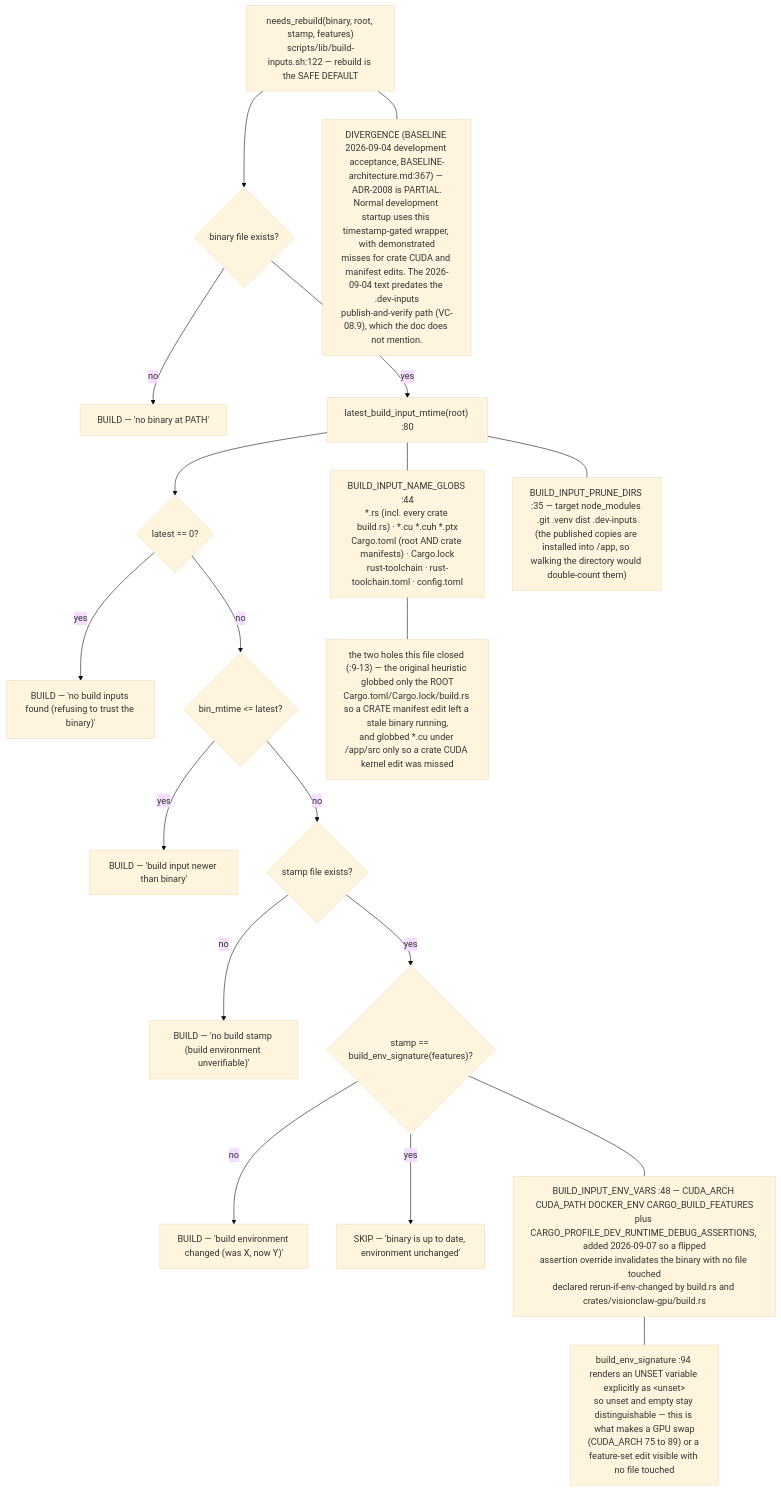
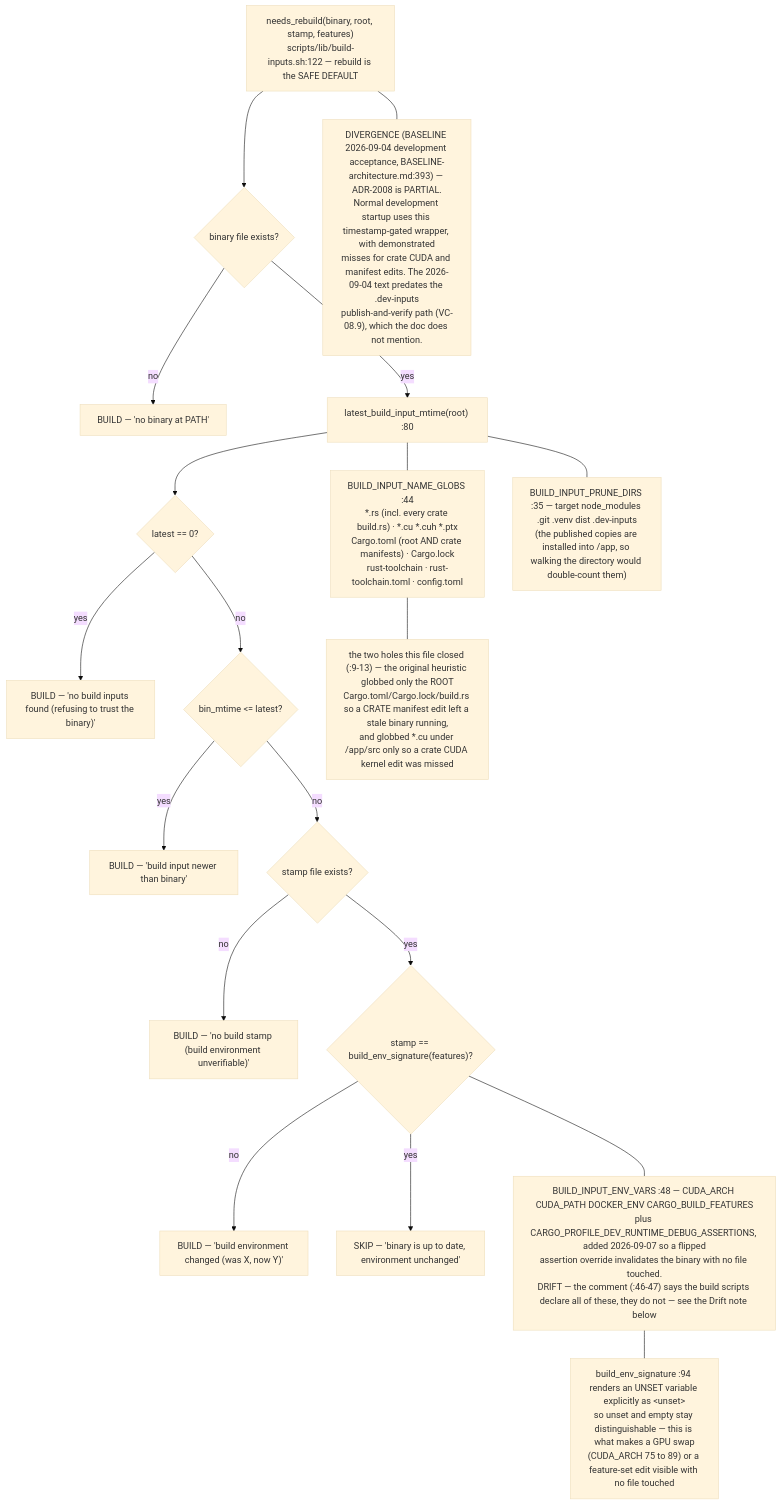
One commit to DreamLab-AI/VisionFlow changed the seventh of 9 diagrams in docs/diagrams/visionclaw/08-observability-health-and-dev-loop.md. Above: the diagram before and after it, drawn with Mermaid (base theme). The commit also changed other lines of this file and 173 other files, not shown here.

````diff
--- a/docs/diagrams/visionclaw/08-observability-health-and-dev-loop.md
+++ b/docs/diagrams/visionclaw/08-observability-health-and-dev-loop.md
@@ -254,28 +257,28 @@
 ```mermaid
 flowchart TB
     NR["needs_rebuild(binary, root, stamp, features)<br/>scripts/lib/build-inputs.sh:122 — rebuild is the SAFE DEFAULT"]
     NR --> C1{"binary file exists?"}
     C1 -->|no| B1["BUILD — 'no binary at PATH'"]
     C1 -->|yes| C2["latest_build_input_mtime(root) :80"]
     C2 --> C3{"latest == 0?"}
     C3 -->|yes| B2["BUILD — 'no build inputs found (refusing to trust the binary)'"]
     C3 -->|no| C4{"bin_mtime <= latest?"}
     C4 -->|yes| B3["BUILD — 'build input newer than binary'"]
     C4 -->|no| C5{"stamp file exists?"}
     C5 -->|no| B4["BUILD — 'no build stamp (build environment unverifiable)'"]
     C5 -->|yes| C6{"stamp == build_env_signature(features)?"}
     C6 -->|no| B5["BUILD — 'build environment changed (was X, now Y)'"]
     C6 -->|yes| SK["SKIP — 'binary is up to date, environment unchanged'"]
     GLOB["BUILD_INPUT_NAME_GLOBS :44<br/>*.rs (incl. every crate build.rs) · *.cu *.cuh *.ptx<br/>Cargo.toml (root AND crate manifests) · Cargo.lock<br/>rust-toolchain · rust-toolchain.toml · config.toml"]
     PRUNE["BUILD_INPUT_PRUNE_DIRS :35 — target node_modules .git .venv dist .dev-inputs<br/>(the published copies are installed into /app, so walking the directory would double-count them)"]
-    ENVV["BUILD_INPUT_ENV_VARS :48 — CUDA_ARCH CUDA_PATH DOCKER_ENV CARGO_BUILD_FEATURES<br/>plus CARGO_PROFILE_DEV_RUNTIME_DEBUG_ASSERTIONS, added 2026-09-07 so a flipped<br/>assertion override invalidates the binary with no file touched<br/>declared rerun-if-env-changed by build.rs and crates/visionclaw-gpu/build.rs"]
+    ENVV["BUILD_INPUT_ENV_VARS :48 — CUDA_ARCH CUDA_PATH DOCKER_ENV CARGO_BUILD_FEATURES<br/>plus CARGO_PROFILE_DEV_RUNTIME_DEBUG_ASSERTIONS, added 2026-09-07 so a flipped<br/>assertion override invalidates the binary with no file touched.<br/>DRIFT — the comment (:46-47) says the build scripts declare all of these, they do not — see the Drift note below"]
     C2 --- GLOB
     C2 --- PRUNE
     C6 --- ENVV
     SIG["build_env_signature :94 renders an UNSET variable explicitly as &lt;unset&gt;<br/>so unset and empty stay distinguishable — this is what makes a GPU swap<br/>(CUDA_ARCH 75 to 89) or a feature-set edit visible with no file touched"]
     ENVV --- SIG
     HOLES["the two holes this file closed (:9-13) — the original heuristic globbed only the ROOT<br/>Cargo.toml/Cargo.lock/build.rs so a CRATE manifest edit left a stale binary running,<br/>and globbed *.cu under /app/src only so a crate CUDA kernel edit was missed"]
     GLOB --- HOLES
-    DIV["DIVERGENCE (BASELINE 2026-09-04 development acceptance, BASELINE-architecture.md:367) — ADR-2008 is PARTIAL.<br/>Normal development startup uses this timestamp-gated wrapper, with demonstrated<br/>misses for crate CUDA and manifest edits. The 2026-09-04 text predates the .dev-inputs<br/>publish-and-verify path (VC-08.9), which the doc does not mention."]
+    DIV["DIVERGENCE (BASELINE 2026-09-04 development acceptance, BASELINE-architecture.md:393) — ADR-2008 is PARTIAL.<br/>Normal development startup uses this timestamp-gated wrapper, with demonstrated<br/>misses for crate CUDA and manifest edits. The 2026-09-04 text predates the .dev-inputs<br/>publish-and-verify path (VC-08.9), which the doc does not mention."]
     NR --- DIV
 ```
````
